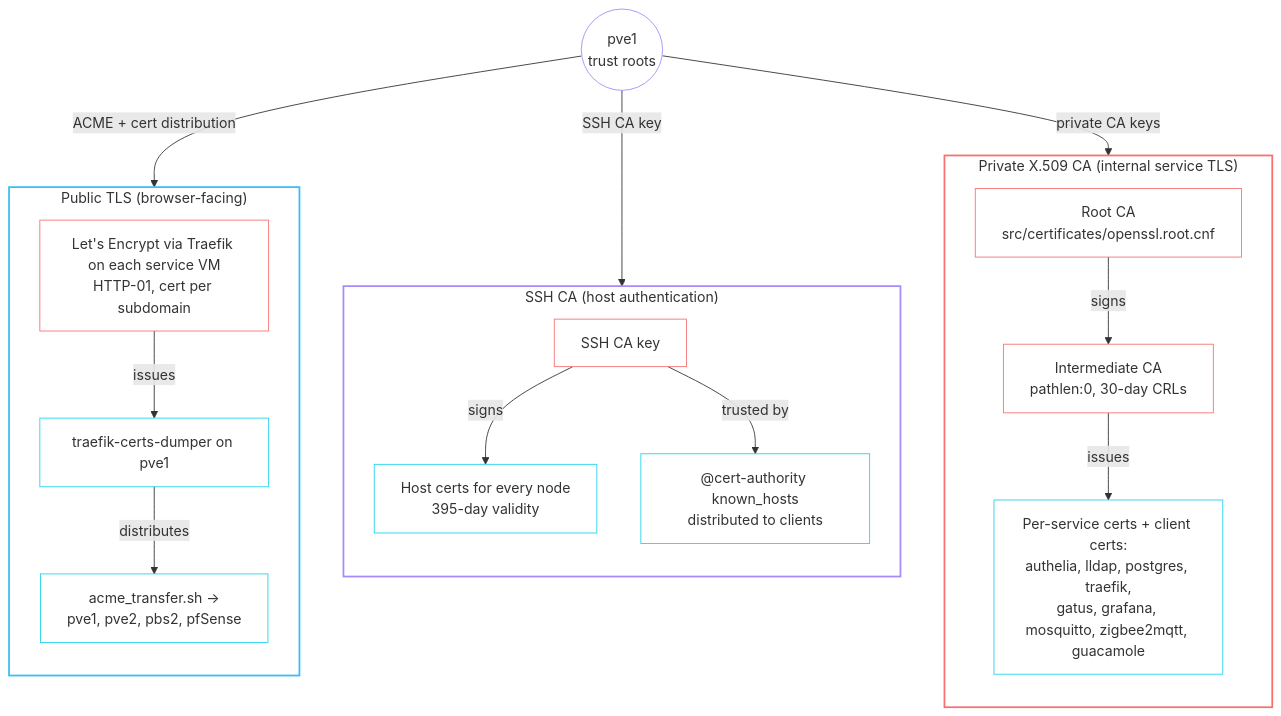
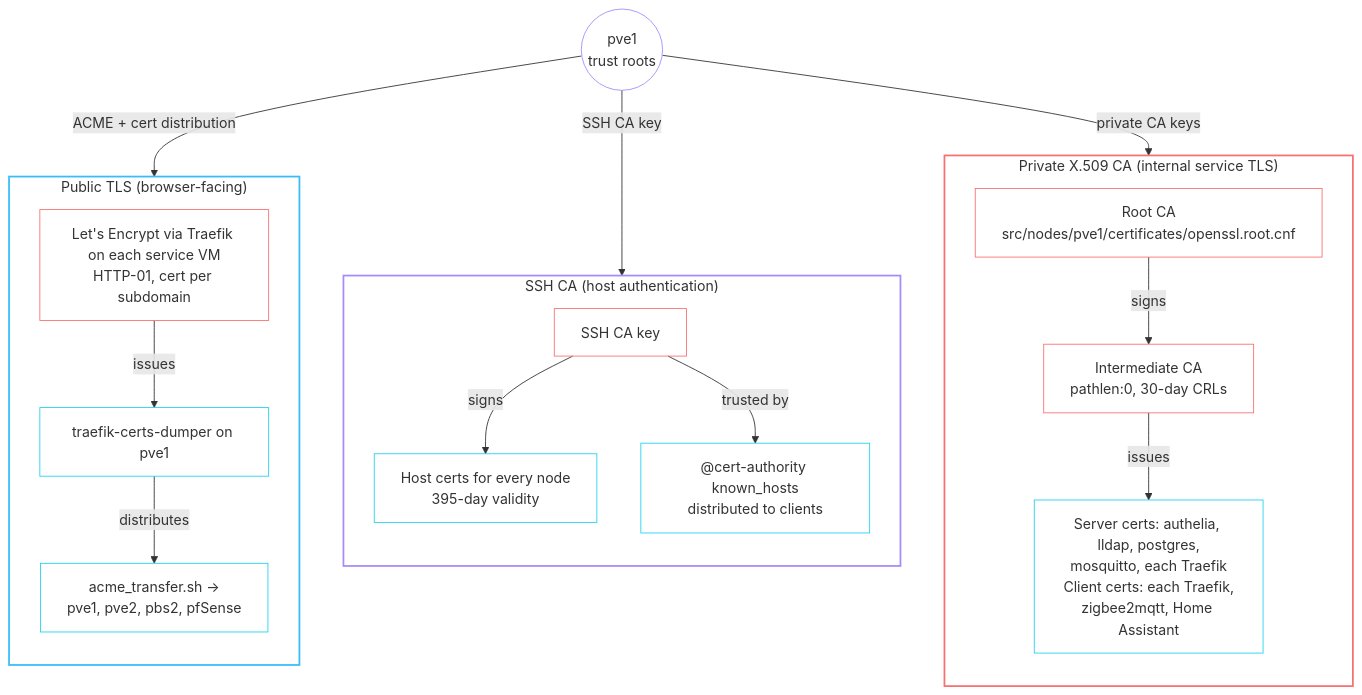
Before and after one commit to babraham123/homesite: the second of 2 diagrams in src/www/docs/homelab/security.md, drawn with Mermaid. The commit also changed other lines of this file and 44 other files, not shown here.

````diff
--- a/src/www/docs/homelab/security.md
+++ b/src/www/docs/homelab/security.md
@@ -111,43 +149,43 @@
 ```mermaid
 flowchart TB
     pve1(("pve1<br/>trust roots"))
 
     subgraph x509["Private X.509 CA (internal service TLS)"]
         direction TB
-        root["Root CA<br/>src/certificates/openssl.root.cnf"]
+        root["Root CA<br/>src/nodes/pve1/certificates/openssl.root.cnf"]
         inter["Intermediate CA<br/>pathlen:0, 30-day CRLs"]
-        svc["Per-service certs + client certs:<br/>authelia, lldap, postgres, traefik,<br/>gatus, grafana, mosquitto, zigbee2mqtt, guacamole"]
+        svc["Server certs: authelia, lldap, postgres,<br/>mosquitto, each Traefik<br/>Client certs: each Traefik,<br/>zigbee2mqtt, Home Assistant"]
         root -- "signs" --> inter -- "issues" --> svc
     end
 
     subgraph ssh["SSH CA (host authentication)"]
         direction TB
         sshca["SSH CA key"]
         hosts["Host certs for every node<br/>395-day validity"]
         known["@cert-authority known_hosts<br/>distributed to clients"]
         sshca -- "signs" --> hosts
         sshca -- "trusted by" --> known
     end
 
     subgraph public["Public TLS (browser-facing)"]
         direction TB
         le["Let's Encrypt via Traefik on each service VM<br/>HTTP-01, cert per subdomain"]
         dumper["traefik-certs-dumper on pve1"]
         xfer["acme_transfer.sh →<br/>pve1, pve2, pbs2, pfSense"]
         le -- "issues" --> dumper -- "distributes" --> xfer
     end
 
     pve1 -- "private CA keys" --> root
     pve1 -- "SSH CA key" --> sshca
     pve1 -- "ACME + cert distribution" --> le
 
     style x509 stroke:#f87171,stroke-width:2px,fill:transparent
     style ssh stroke:#a78bfa,stroke-width:2px,fill:transparent
     style public stroke:#38bdf8,stroke-width:2px,fill:transparent
     classDef ca stroke:#f87171,fill:transparent
     classDef dist stroke:#22d3ee,fill:transparent
     class root,inter,sshca,le ca
     class svc,hosts,known,dumper,xfer dist
     class pve1 host
     classDef host stroke:#a78bfa,fill:transparent
 ```
````
